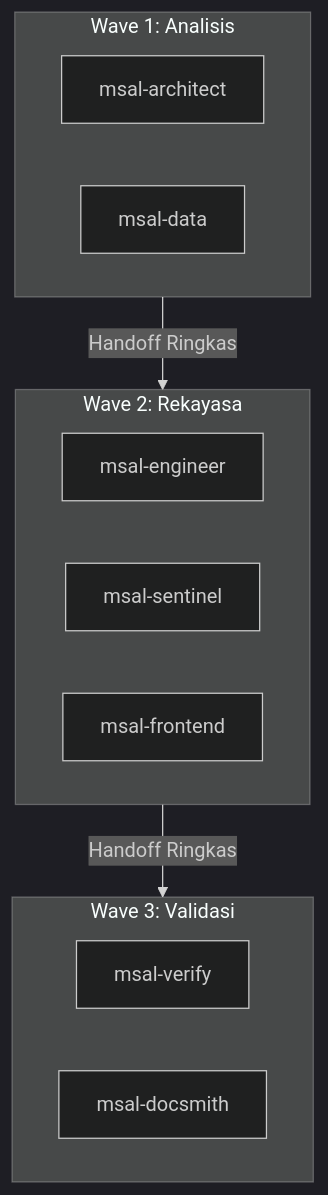
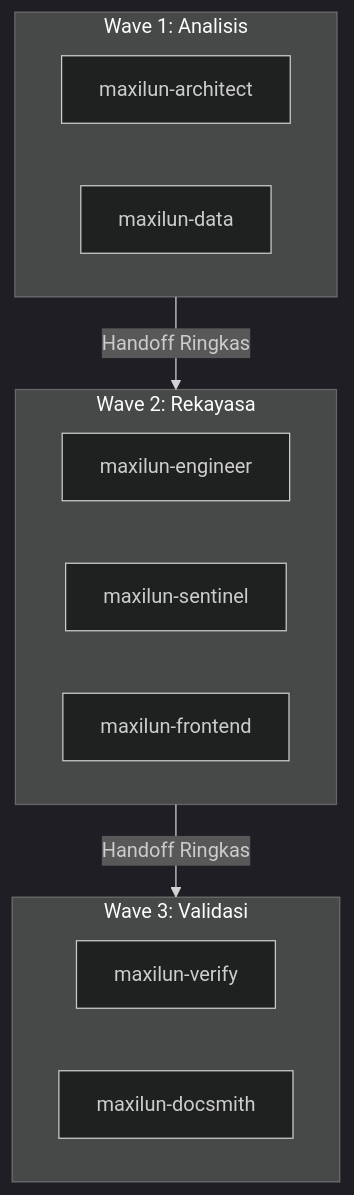
The diagram in docs/EXAMPLES.md (giriedu/maxilun), drawn with Mermaid (dark theme) before and after one commit. The commit also changed other lines of this file and 189 other files, not shown here.

````diff
--- a/docs/EXAMPLES.md
+++ b/docs/EXAMPLES.md
@@ -13,21 +13,21 @@
 ```mermaid
 flowchart TD
     W1[Wave 1: Desain & Skema] -->|Handoff Ringkas| W2[Wave 2: Implementasi & Keamanan]
     W2 -->|Handoff Ringkas| W3[Wave 3: Pengujian & Dokumentasi]
     
     subgraph W1 [Wave 1: Analisis]
-        A[msal-architect]
-        D[msal-data]
+        A[maxilun-architect]
+        D[maxilun-data]
     end
     
     subgraph W2 [Wave 2: Rekayasa]
-        E[msal-engineer]
-        S[msal-sentinel]
-        F[msal-frontend]
+        E[maxilun-engineer]
+        S[maxilun-sentinel]
+        F[maxilun-frontend]
     end
     
     subgraph W3 [Wave 3: Validasi]
-        V[msal-verify]
-        DOC[msal-docsmith]
+        V[maxilun-verify]
+        DOC[maxilun-docsmith]
     end
 ```
````
